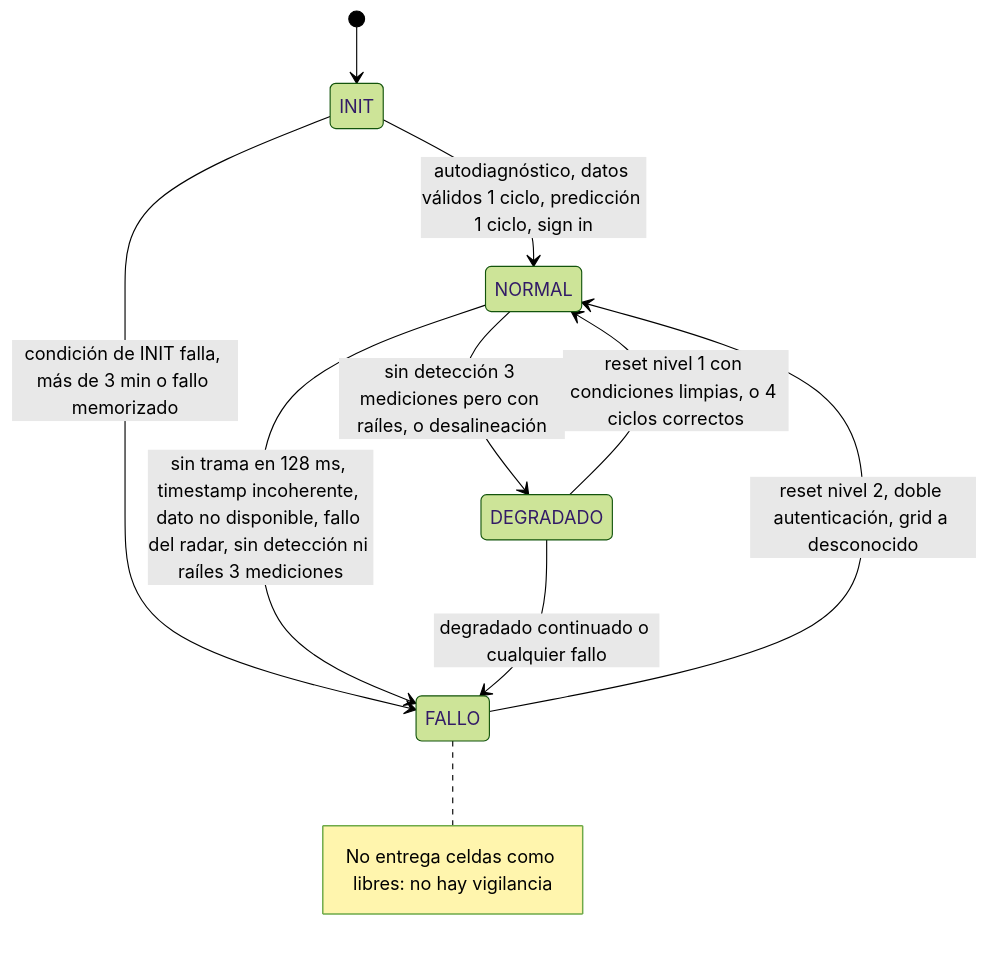
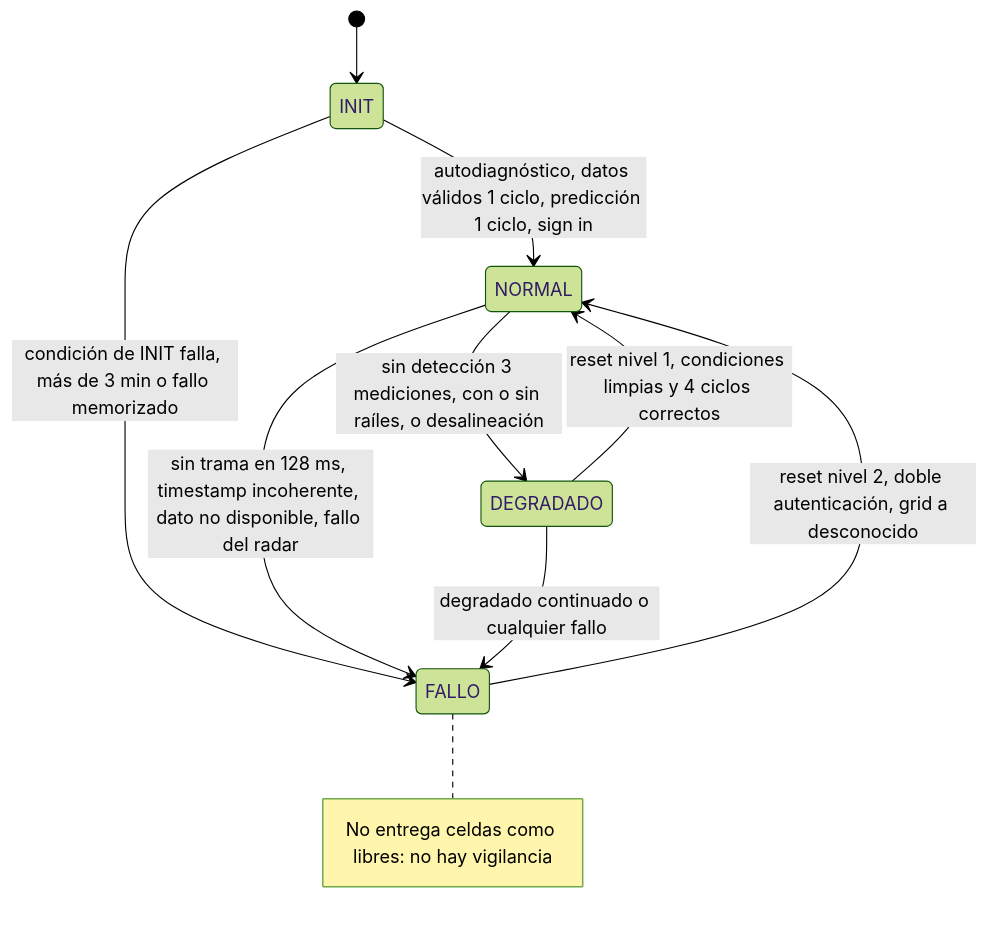
The diagram in docs/02-diseno/diagramas/estados.mmd (buzondealiciagarcia-cmyk/prueba-tecnica-saf), drawn with Mermaid (forest theme) before and after one commit. The commit also changed 3 other files, not shown here.

```diff
--- a/docs/02-diseno/diagramas/estados.mmd
+++ b/docs/02-diseno/diagramas/estados.mmd
@@ -1,12 +1,12 @@
 stateDiagram-v2
   [*] --> INIT
   INIT --> NORMAL: autodiagnóstico, datos válidos 1 ciclo, predicción 1 ciclo, sign in
   INIT --> FALLO: condición de INIT falla, más de 3 min o fallo memorizado
-  NORMAL --> DEGRADADO: sin detección 3 mediciones pero con raíles, o desalineación
-  NORMAL --> FALLO: sin trama en 128 ms, timestamp incoherente, dato no disponible, fallo del radar, sin detección ni raíles 3 mediciones
-  DEGRADADO --> NORMAL: reset nivel 1 con condiciones limpias, o 4 ciclos correctos
+  NORMAL --> DEGRADADO: sin detección 3 mediciones, con o sin raíles, o desalineación
+  NORMAL --> FALLO: sin trama en 128 ms, timestamp incoherente, dato no disponible, fallo del radar
+  DEGRADADO --> NORMAL: reset nivel 1, condiciones limpias y 4 ciclos correctos
   DEGRADADO --> FALLO: degradado continuado o cualquier fallo
   FALLO --> NORMAL: reset nivel 2, doble autenticación, grid a desconocido
   note right of FALLO
     No entrega celdas como libres: no hay vigilancia
   end note
```
